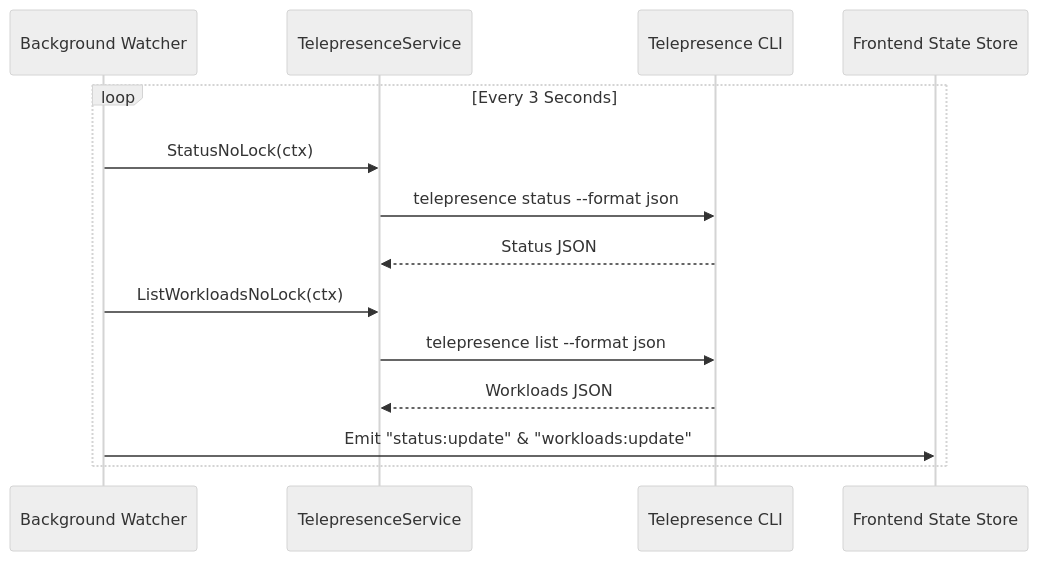
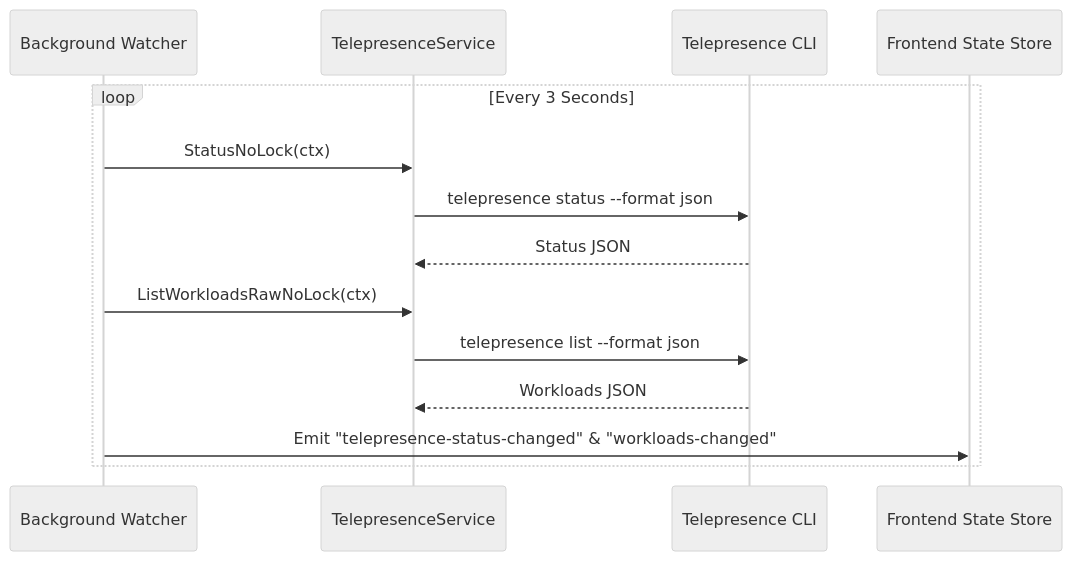
Before and after one commit to mahdimomeni/telepresence-gui: the third of 3 diagrams in docs/docs/getting-started/architecture.md, drawn with Mermaid (neutral theme). The commit also changed other lines of this file and 7 other files, not shown here.

Commit message:
docs: update architectural documentation to reflect backend thread-safety improvements, performance optimizations, and renamed event hooks

````diff
--- a/docs/docs/getting-started/architecture.md
+++ b/docs/docs/getting-started/architecture.md
@@ -113,17 +113,17 @@
 ```mermaid
 sequenceDiagram
     participant Watcher as Background Watcher
     participant TeleSvc as TelepresenceService
     participant CLI as Telepresence CLI
     participant UI as Frontend State Store
 
     loop Every 3 Seconds
         Watcher->>TeleSvc: StatusNoLock(ctx)
         TeleSvc->>CLI: telepresence status --format json
         CLI-->>TeleSvc: Status JSON
-        Watcher->>TeleSvc: ListWorkloadsNoLock(ctx)
+        Watcher->>TeleSvc: ListWorkloadsRawNoLock(ctx)
         TeleSvc->>CLI: telepresence list --format json
         CLI-->>TeleSvc: Workloads JSON
-        Watcher->>UI: Emit "status:update" & "workloads:update"
+        Watcher->>UI: Emit "telepresence-status-changed" & "workloads-changed"
     end
 ```
````
